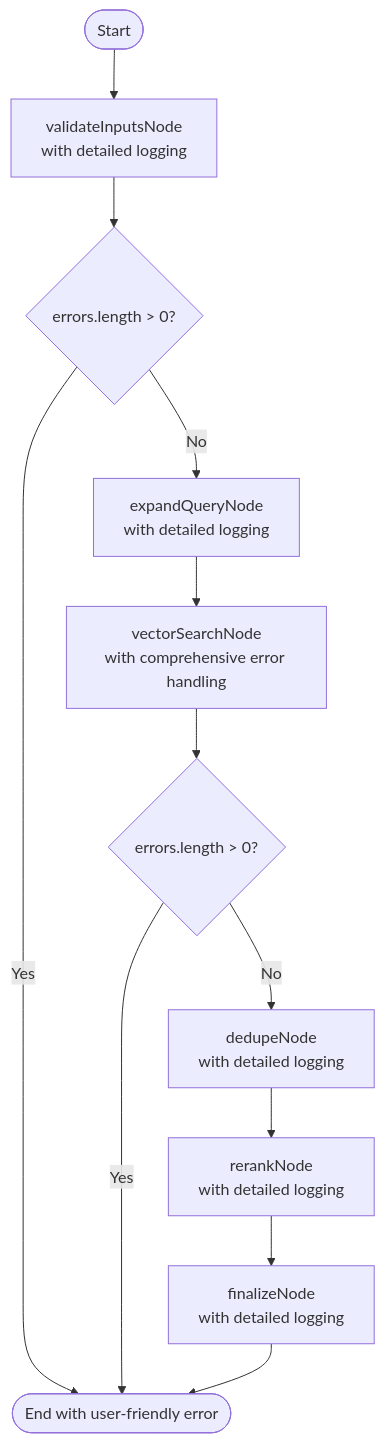
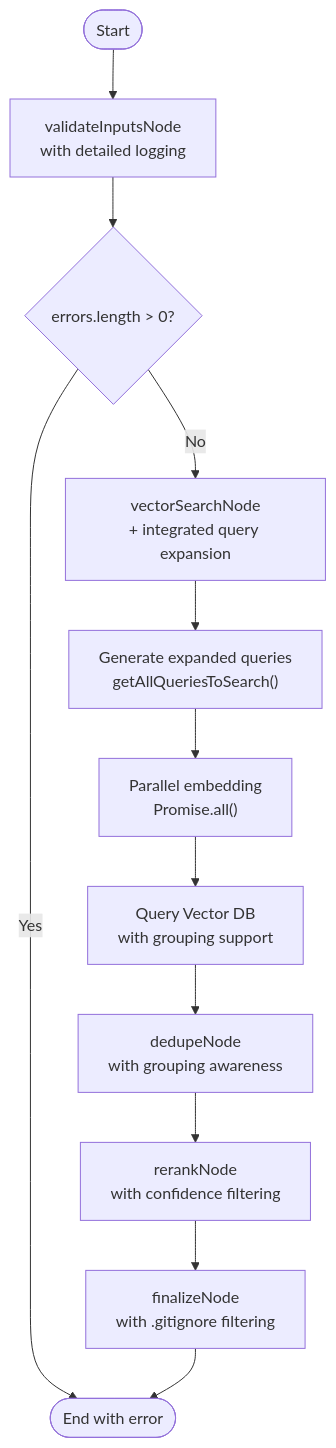
One commit to bramburn/repomix-runner changed the third of 6 diagrams in .qoder/repowiki/en/content/Indexing and Search System/Semantic Search Algorithms.md. Above: the diagram before and after it, drawn with Mermaid. The commit also changed other lines of this file and 19 other files, not shown here.

````diff
--- a/.qoder/repowiki/en/content/Indexing and Search System/Semantic Search Algorithms.md
+++ b/.qoder/repowiki/en/content/Indexing and Search System/Semantic Search Algorithms.md
@@ -199,14 +189,14 @@
 ```mermaid
 flowchart TD
 Start(["Start"]) --> Validate["validateInputsNode<br/>with detailed logging"]
 Validate --> HasErrors{"errors.length > 0?"}
-HasErrors --> |Yes| End(["End with user-friendly error"])
-HasErrors --> |No| Expand["expandQueryNode<br/>with detailed logging"]
-Expand --> Vector["vectorSearchNode<br/>with comprehensive error handling"]
-Vector --> VectorHasErrors{"errors.length > 0?"}
-VectorHasErrors --> |Yes| End
-VectorHasErrors --> |No| Dedupe["dedupeNode<br/>with detailed logging"]
-Dedupe --> Rerank["rerankNode<br/>with detailed logging"]
-Rerank --> Finalize["finalizeNode<br/>with detailed logging"]
+HasErrors --> |Yes| End(["End with error"])
+HasErrors --> |No| Vector["vectorSearchNode<br/>+ integrated query expansion"]
+Vector --> Expand["Generate expanded queries<br/>getAllQueriesToSearch()"]
+Expand --> Embed["Parallel embedding<br/>Promise.all()"]
+Embed --> QueryDB["Query Vector DB<br/>with grouping support"]
+QueryDB --> Dedupe["dedupeNode<br/>with grouping awareness"]
+Dedupe --> Rerank["rerankNode<br/>with confidence filtering"]
+Rerank --> Finalize["finalizeNode<br/>with .gitignore filtering"]
 Finalize --> End
 ```
````
